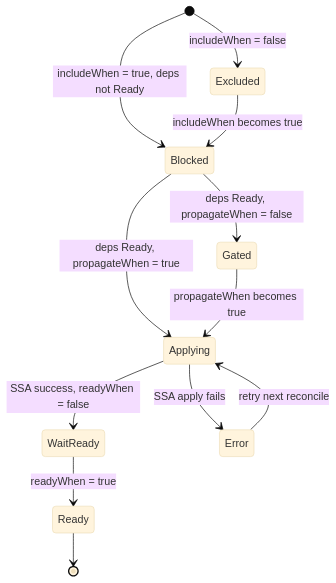
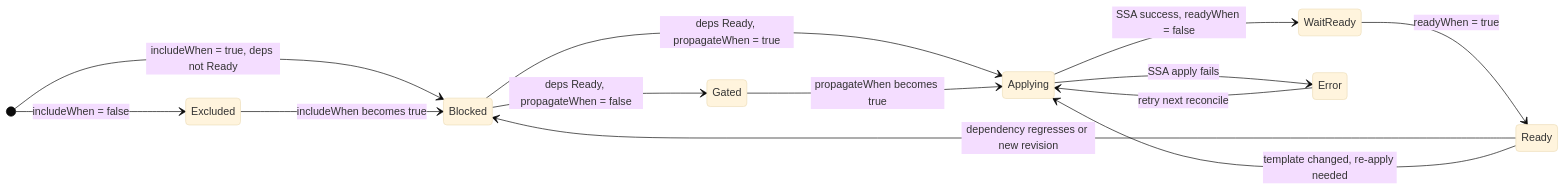
One commit to kubernetes-sigs/kro changed the second of 4 diagrams in docs/design/proposals/level-aware-graph-synchronization/README.md. Above: the diagram before and after it, drawn with Mermaid (base theme). The commit also changed other lines of this file, not shown here.

Commit message:
add Ready regression edges, use direction LR for state machine

````diff
--- a/docs/design/proposals/level-aware-graph-synchronization/README.md
+++ b/docs/design/proposals/level-aware-graph-synchronization/README.md
@@ -486,14 +486,24 @@
 ```mermaid
 stateDiagram-v2
+    direction LR
+
     [*] --> Excluded : includeWhen = false
     [*] --> Blocked : includeWhen = true, deps not Ready
+
     Excluded --> Blocked : includeWhen becomes true
+
     Blocked --> Gated : deps Ready, propagateWhen = false
     Blocked --> Applying : deps Ready, propagateWhen = true
+
     Gated --> Applying : propagateWhen becomes true
+
     Applying --> WaitReady : SSA success, readyWhen = false
     Applying --> Error : SSA apply fails
+
+    Error --> Applying : retry next reconcile
+
     WaitReady --> Ready : readyWhen = true
-    Error --> Applying : retry next reconcile
-    Ready --> [*]
+
+    Ready --> Blocked : dependency regresses or new revision
+    Ready --> Applying : template changed, re-apply needed
 ```
````
